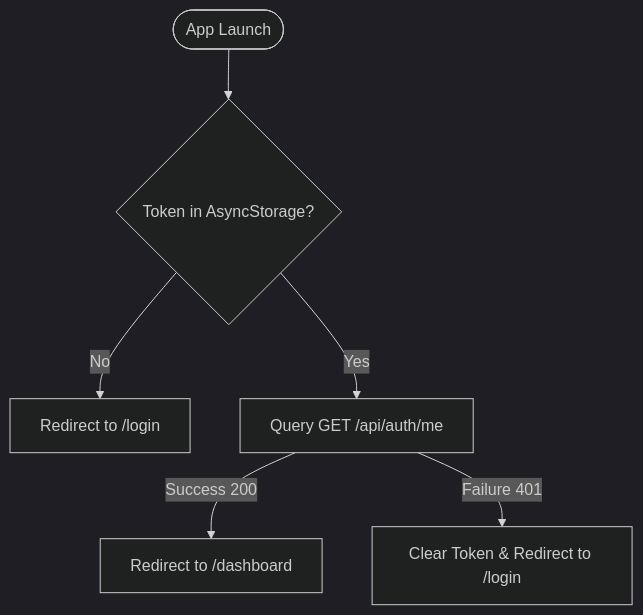
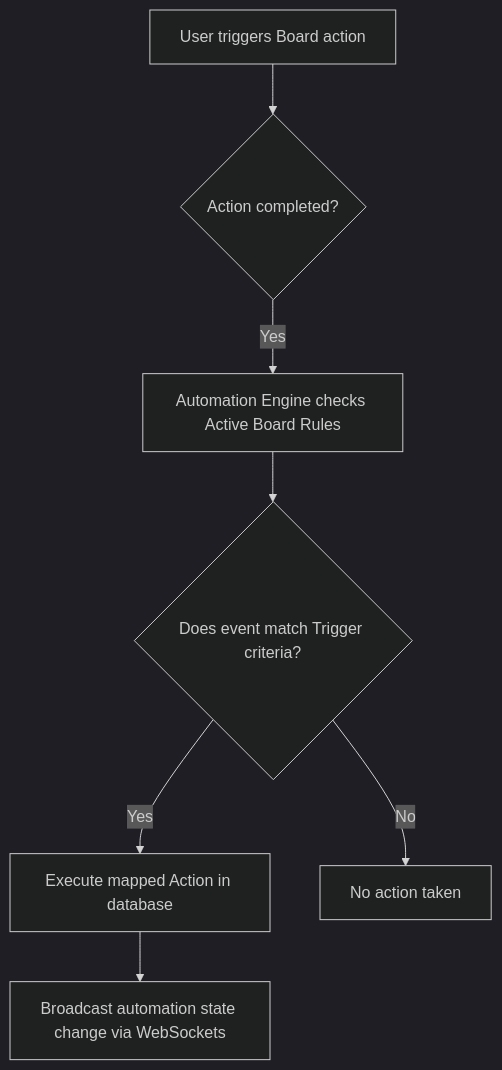
One commit to aguspranyoto/realtime-kanban-board changed the third of 3 diagrams in functional_spec.md. Above: the diagram before and after it, drawn with Mermaid (dark theme). The commit also changed other lines of this file and 2 other files, not shown here.

Commit message:
feat: update project roadmap and database schema to include notifications, activity logs, file attachments, and automation rules

````diff
--- a/functional_spec.md
+++ b/functional_spec.md
@@ -113,8 +171,9 @@
 ```mermaid
 graph TD
-    A([App Launch]) --> B{Token in AsyncStorage?}
-    B -- No --> C[Redirect to /login]
-    B -- Yes --> D[Query GET /api/auth/me]
-    D -- Success 200 --> E[Redirect to /dashboard]
-    D -- Failure 401 --> F[Clear Token & Redirect to /login]
+    A[User triggers Board action] --> B{Action completed?}
+    B -- Yes --> C[Automation Engine checks Active Board Rules]
+    C --> D{Does event match Trigger criteria?}
+    D -- Yes --> E[Execute mapped Action in database]
+    E --> F[Broadcast automation state change via WebSockets]
+    D -- No --> G[No action taken]
 ```
````
